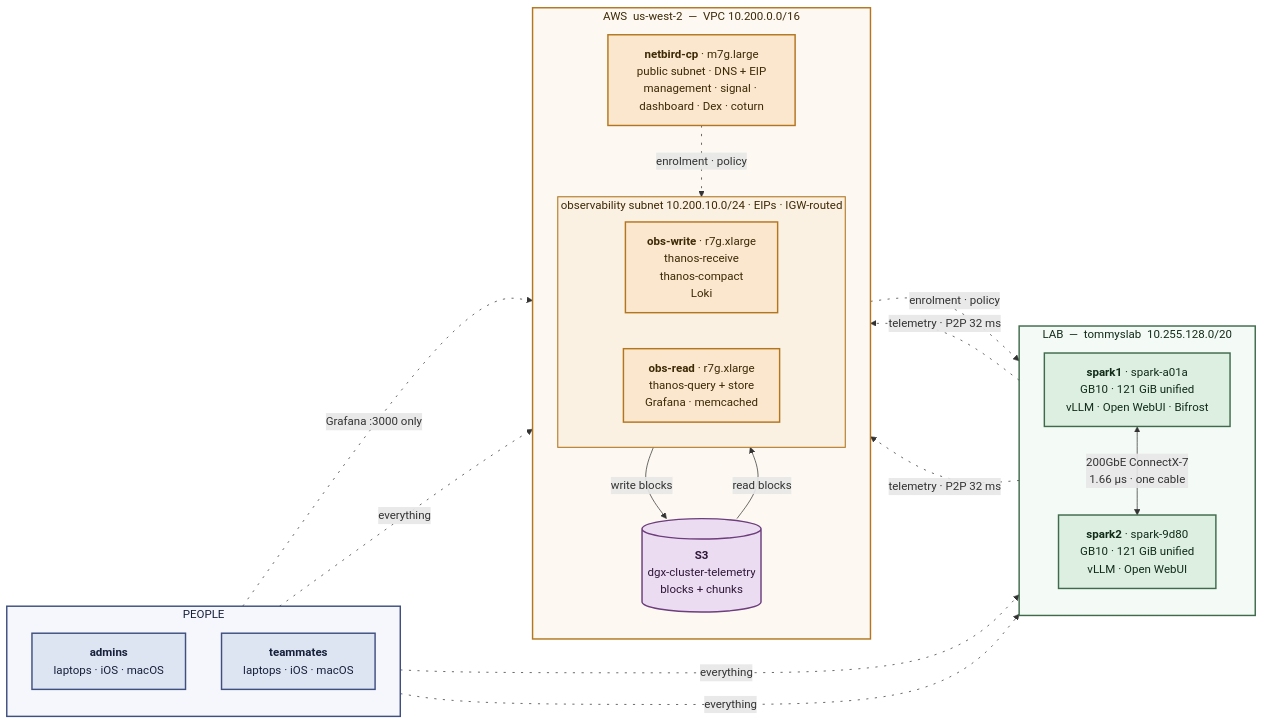
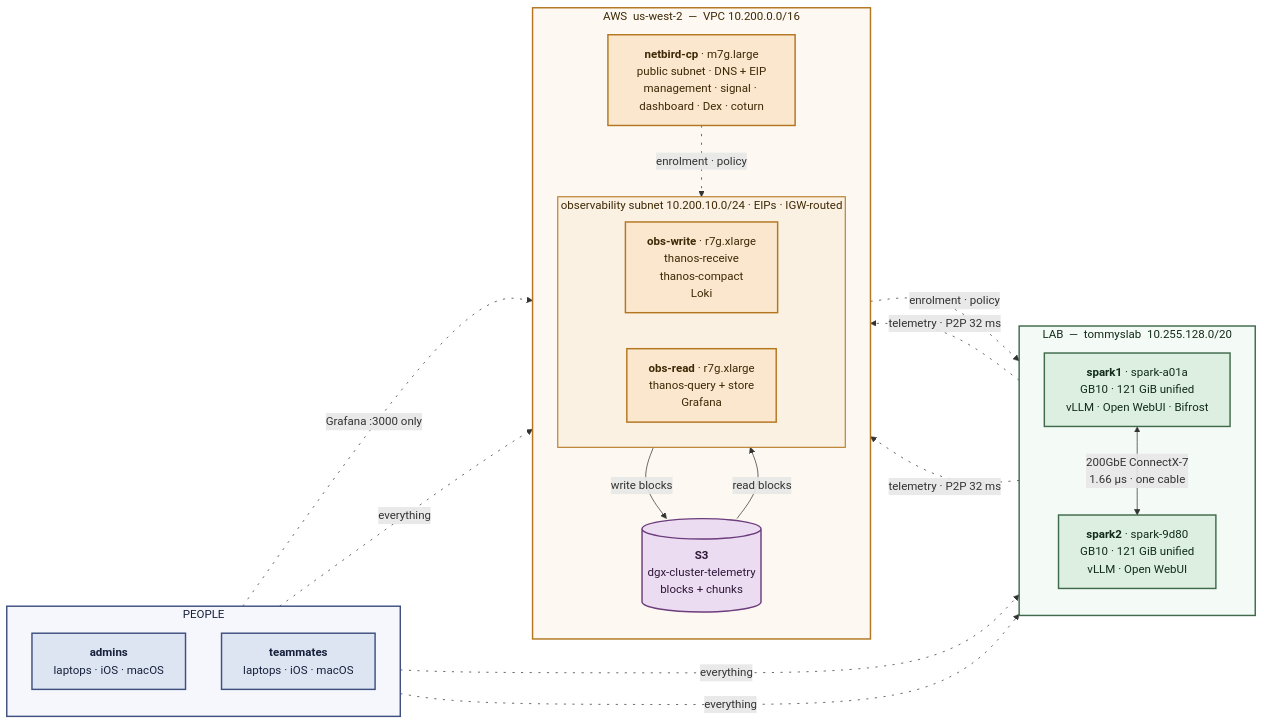
The first of 5 diagrams in CLOUD_ARCHITECTURE.md (SudoBasher/dgx-cluster), drawn with Mermaid before and after one commit. The commit also changed other lines of this file and 46 other files, not shown here.

````diff
--- a/CLOUD_ARCHITECTURE.md
+++ b/CLOUD_ARCHITECTURE.md
@@ -28,57 +28,57 @@
 ```mermaid
 flowchart LR
 
   subgraph LAB["LAB &nbsp;—&nbsp; tommyslab &nbsp;10.255.128.0/20"]
     direction TB
     S1["<b>spark1</b> · spark-a01a<br/>GB10 · 121 GiB unified<br/>vLLM · Open WebUI · Bifrost"]
     S2["<b>spark2</b> · spark-9d80<br/>GB10 · 121 GiB unified<br/>vLLM · Open WebUI"]
     S1 <-->|"200GbE ConnectX-7<br/>1.66 µs · one cable"| S2
   end
 
   subgraph PEOPLE["PEOPLE"]
     direction TB
     AD["<b>admins</b><br/>laptops · iOS · macOS"]
     TM["<b>teammates</b><br/>laptops · iOS · macOS"]
   end
 
   subgraph AWS["AWS &nbsp;us-west-2 &nbsp;—&nbsp; VPC 10.200.0.0/16"]
     direction TB
     CP["<b>netbird-cp</b> · m7g.large<br/>public subnet · DNS + EIP<br/>management · signal · dashboard · Dex · coturn"]
     subgraph OBS["observability subnet 10.200.10.0/24 · EIPs · IGW-routed"]
       direction LR
       OW["<b>obs-write</b> · r7g.xlarge<br/>thanos-receive<br/>thanos-compact<br/>Loki"]
-      OR["<b>obs-read</b> · r7g.xlarge<br/>thanos-query + store<br/>Grafana · memcached"]
+      OR["<b>obs-read</b> · r7g.xlarge<br/>thanos-query + store<br/>Grafana"]
     end
     S3[("<b>S3</b><br/>dgx-cluster-telemetry<br/>blocks + chunks")]
     OW -- "write blocks" --> S3
     S3 -- "read blocks" --> OR
   end
 
   S1 -. "telemetry · P2P 32 ms" .-> OW
   S2 -. "telemetry · P2P 32 ms" .-> OW
   AD -. "everything" .-> OBS
   AD -. "everything" .-> LAB
   TM -. "Grafana :3000 only" .-> OR
   TM -. "everything" .-> LAB
 
   CP -. "enrolment · policy" .-> LAB
   CP -. "enrolment · policy" .-> OBS
 
   %% Widen the gaps on the dotted overlay edges; mermaid defaults to a tight 3.
   linkStyle 3,4,5,6,7,8,9,10 stroke-dasharray: 3 9
 
   classDef lab fill:#dcefe1,stroke:#3f6b4c,stroke-width:2px,color:#122b19
   classDef aws fill:#fae7cd,stroke:#b3761f,stroke-width:2px,color:#3d2906
   classDef ppl fill:#dde4f2,stroke:#3f5080,stroke-width:2px,color:#16203a
   classDef store fill:#ecdcf1,stroke:#6d3d7d,stroke-width:2px,color:#2f1739
   class S1,S2 lab
   class CP,OW,OR aws
   class AD,TM ppl
   class S3 store
 
   %% Zone tints. Without these every subgraph renders the same default yellow.
   style LAB    fill:#f4faf5,stroke:#3f6b4c,stroke-width:2px,color:#122b19
   style PEOPLE fill:#f5f7fc,stroke:#3f5080,stroke-width:2px,color:#16203a
   style AWS    fill:#fdf9f2,stroke:#b3761f,stroke-width:2px,color:#3d2906
   style OBS    fill:#fbf1e2,stroke:#b3761f,stroke-width:1.5px,color:#3d2906
 ```
````
